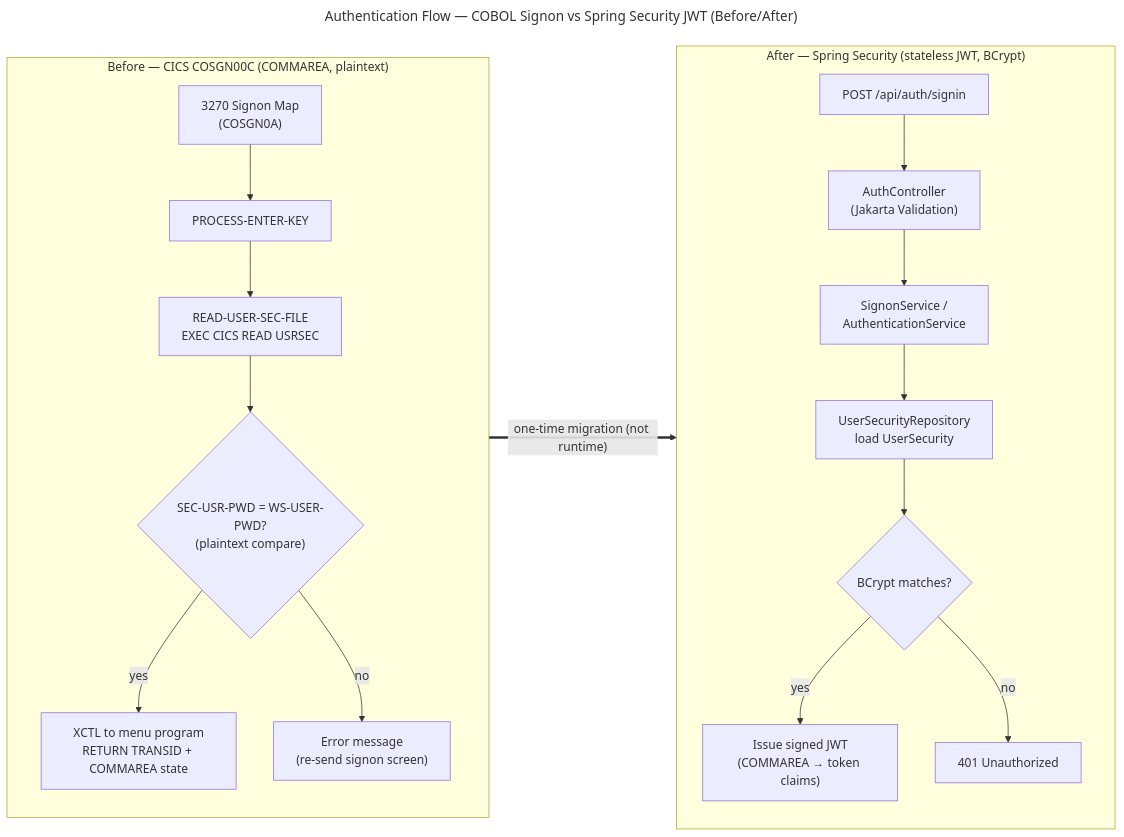
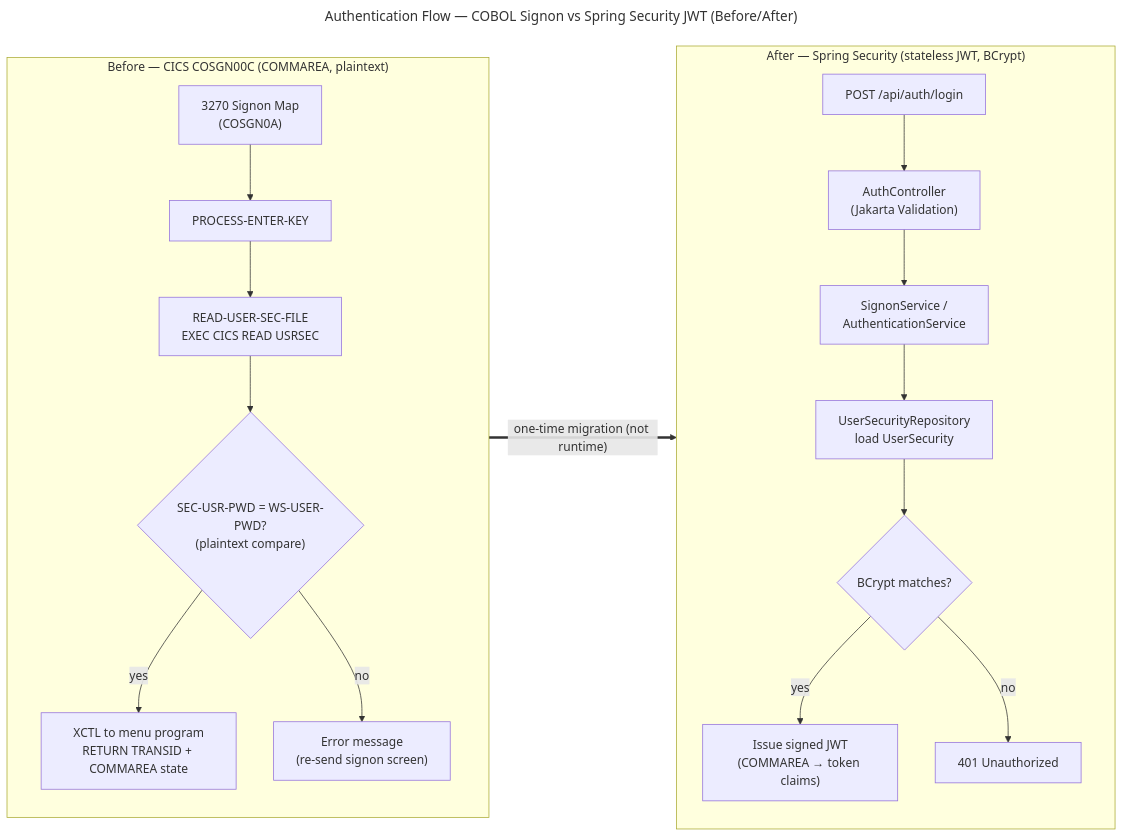
The second of 2 diagrams in docs/architecture/component-interactions.md (Blitzy-Sandbox/blitzy-card-demo), drawn with Mermaid before and after one commit. The commit also changed other lines of this file and 20 other files, not shown here.

````diff
--- a/docs/architecture/component-interactions.md
+++ b/docs/architecture/component-interactions.md
@@ -102,24 +102,24 @@
 ```mermaid
 ---
 title: "Authentication Flow — COBOL Signon vs Spring Security JWT (Before/After)"
 ---
 graph LR
     subgraph BEFORE["Before — CICS COSGN00C (COMMAREA, plaintext)"]
         direction TB
         B1["3270 Signon Map<br/>(COSGN0A)"] --> B2["PROCESS-ENTER-KEY"]
         B2 --> B3["READ-USER-SEC-FILE<br/>EXEC CICS READ USRSEC"]
         B3 --> B4{"SEC-USR-PWD = WS-USER-PWD?<br/>(plaintext compare)"}
         B4 -->|yes| B5["XCTL to menu program<br/>RETURN TRANSID + COMMAREA state"]
         B4 -->|no| B6["Error message<br/>(re-send signon screen)"]
     end
     subgraph AFTER["After — Spring Security (stateless JWT, BCrypt)"]
         direction TB
-        A1["POST /api/auth/signin"] --> A2["AuthController<br/>(Jakarta Validation)"]
+        A1["POST /api/auth/login"] --> A2["AuthController<br/>(Jakarta Validation)"]
         A2 --> A3["SignonService /<br/>AuthenticationService"]
         A3 --> A4["UserSecurityRepository<br/>load UserSecurity"]
         A4 --> A5{"BCrypt matches?"}
         A5 -->|yes| A6["Issue signed JWT<br/>(COMMAREA → token claims)"]
         A5 -->|no| A7["401 Unauthorized"]
     end
     BEFORE ==>|"one-time migration (not runtime)"| AFTER
 ```
````
